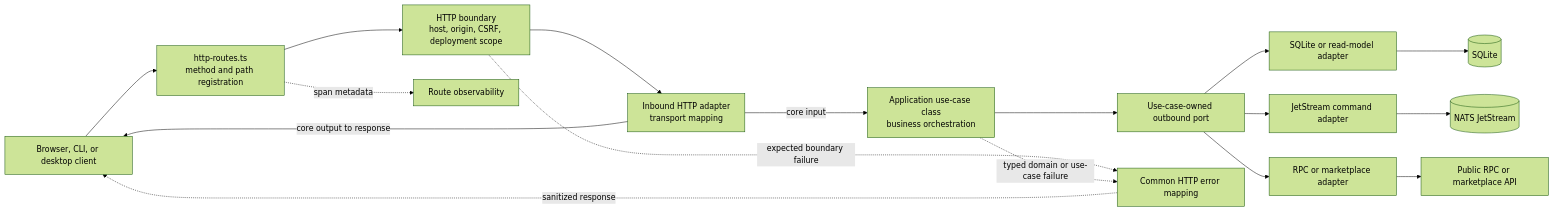
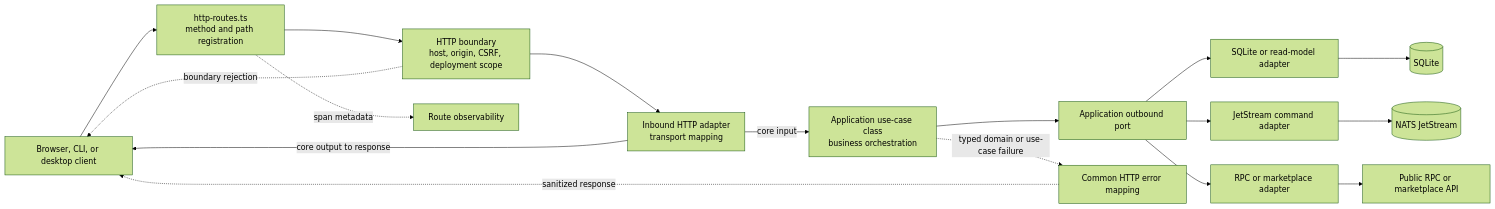
One commit to d347h-eth/artgod changed the diagram in docs/diagrams/07-backend-hexagonal-request-flow.md. Above: the diagram before and after it, drawn with Mermaid (forest theme). The commit also changed other lines of this file and 40 other files, not shown here.

````diff
--- a/docs/diagrams/07-backend-hexagonal-request-flow.md
+++ b/docs/diagrams/07-backend-hexagonal-request-flow.md
@@ -6,35 +7,35 @@
 ```mermaid
 flowchart LR
     Client[Browser, CLI, or desktop client]
     Route[http-routes.ts<br/>method and path registration]
     Guard[HTTP boundary<br/>host, origin, CSRF, deployment scope]
     Adapter[Inbound HTTP adapter<br/>transport mapping]
     UseCase[Application use-case class<br/>business orchestration]
-    Port[Use-case-owned outbound port]
+    Port[Application outbound port]
     DBAdapter[SQLite or read-model adapter]
     QueueAdapter[JetStream command adapter]
     NetworkAdapter[RPC or marketplace adapter]
     DB[(SQLite)]
     NATS[(NATS JetStream)]
     Network[Public RPC or marketplace API]
     Errors[Common HTTP error mapping]
     Observe[Route observability]
 
     Client --> Route
     Route --> Guard
     Guard --> Adapter
     Adapter -->|core input| UseCase
     UseCase --> Port
     Port --> DBAdapter
     Port --> QueueAdapter
     Port --> NetworkAdapter
     DBAdapter --> DB
     QueueAdapter --> NATS
     NetworkAdapter --> Network
 
     Adapter -->|core output to response| Client
-    Guard -. expected boundary failure .-> Errors
+    Guard -. boundary rejection .-> Client
     UseCase -. typed domain or use-case failure .-> Errors
     Errors -. sanitized response .-> Client
     Route -. span metadata .-> Observe
 ```
````
